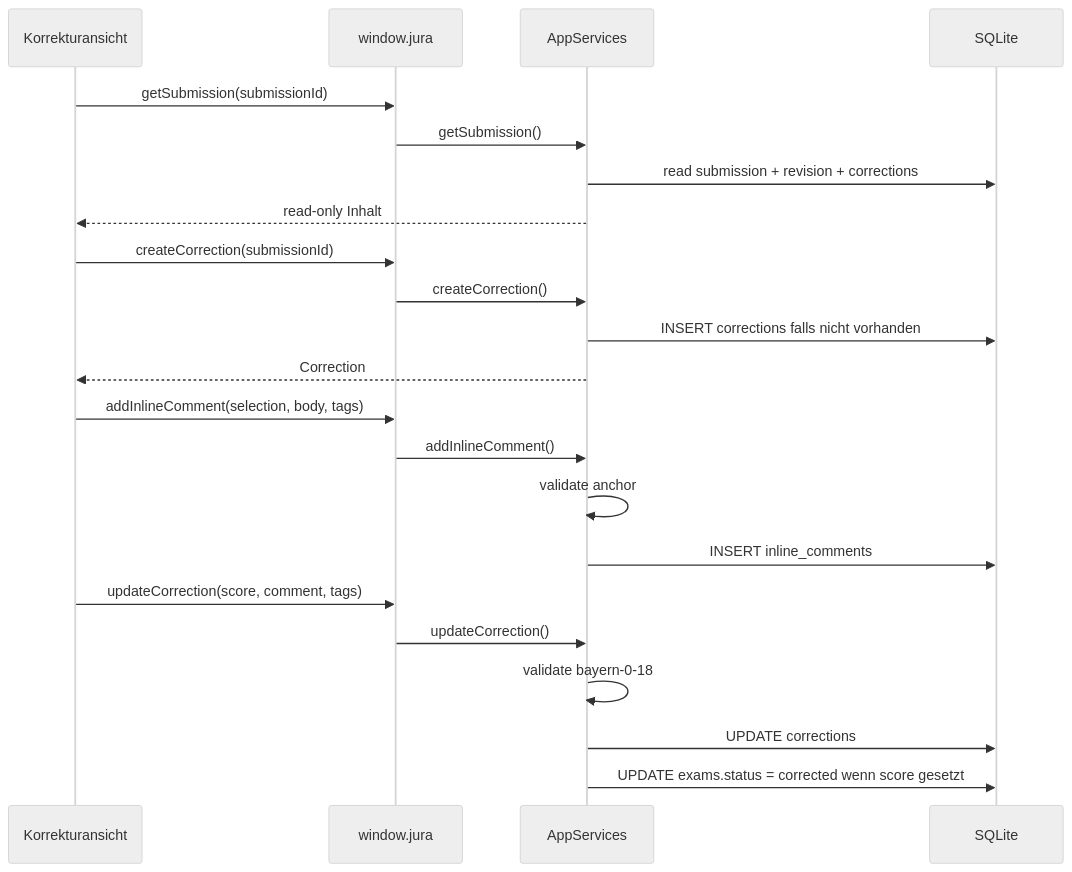
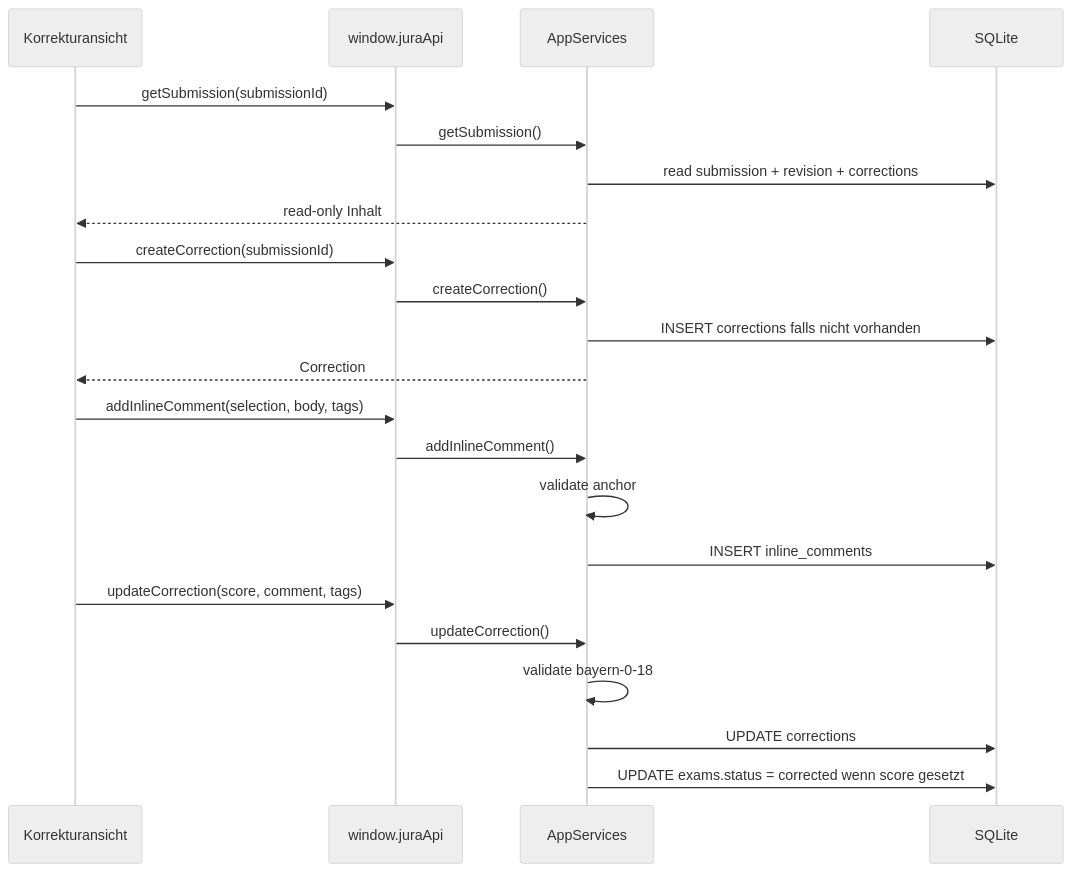
Before and after one commit to SbstnErhrdt/jura-wolpertinger: the fifth of 10 diagrams in docs/architecture.md, drawn with Mermaid (neutral theme). The commit also changed other lines of this file and 4 other files, not shown here.

````diff
--- a/docs/architecture.md
+++ b/docs/architecture.md
@@ -347,28 +347,28 @@
 ```mermaid
 sequenceDiagram
   participant C as Korrekturansicht
-  participant A as window.jura
+  participant A as window.juraApi
   participant S as AppServices
   participant D as SQLite
 
   C->>A: getSubmission(submissionId)
   A->>S: getSubmission()
   S->>D: read submission + revision + corrections
   S-->>C: read-only Inhalt
 
   C->>A: createCorrection(submissionId)
   A->>S: createCorrection()
   S->>D: INSERT corrections falls nicht vorhanden
   S-->>C: Correction
 
   C->>A: addInlineComment(selection, body, tags)
   A->>S: addInlineComment()
   S->>S: validate anchor
   S->>D: INSERT inline_comments
 
   C->>A: updateCorrection(score, comment, tags)
   A->>S: updateCorrection()
   S->>S: validate bayern-0-18
   S->>D: UPDATE corrections
   S->>D: UPDATE exams.status = corrected wenn score gesetzt
 ```
````
